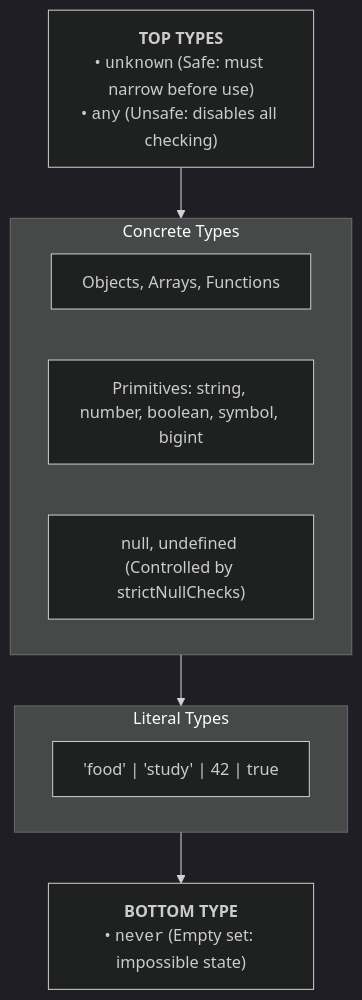
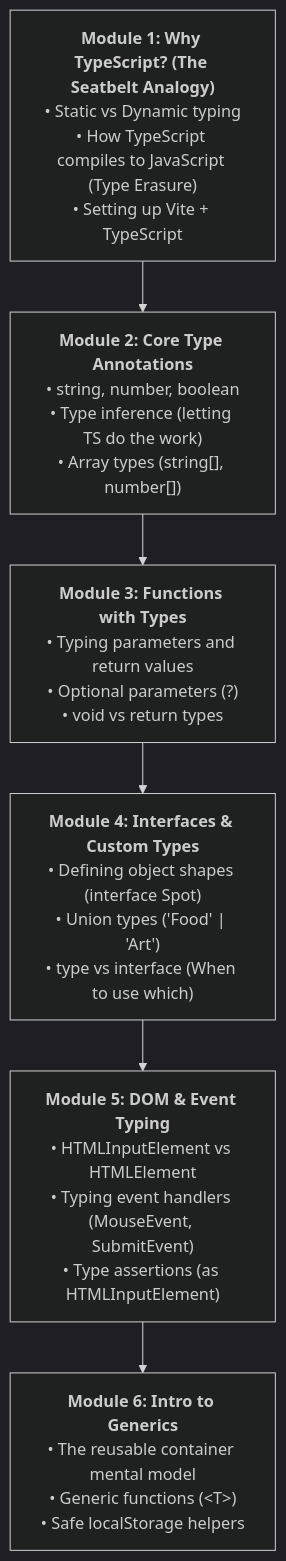
One commit to ajibolagenius/LagosDataSchool changed the first of 4 diagrams in full_stack_development_class_notes/Week 10_ TypeScript Fundamentals.md. Above: the diagram before and after it, drawn with Mermaid (dark theme). The commit also changed other lines of this file and 20 other files, not shown here.

````diff
--- a/full_stack_development_class_notes/Week 10_ TypeScript Fundamentals.md
+++ b/full_stack_development_class_notes/Week 10_ TypeScript Fundamentals.md
@@ -26,20 +18,9 @@
 ```mermaid
-graph TD
-    Top["<b>TOP TYPES</b><br/>• <code>unknown</code> (Safe: must narrow before use)<br/>• <code>any</code> (Unsafe: disables all checking)"]
-    
-    subgraph Concrete["Concrete Types"]
-        Obj["Objects, Arrays, Functions"]
-        Prim["Primitives: string, number, boolean, symbol, bigint"]
-        Nullish["null, undefined (Controlled by strictNullChecks)"]
-    end
-
-    subgraph Literal["Literal Types"]
-        Lit["'food' | 'study' | 42 | true"]
-    end
-
-    Bottom["<b>BOTTOM TYPE</b><br/>• <code>never</code> (Empty set: impossible state)"]
-
-    Top --> Concrete
-    Concrete --> Literal
-    Literal --> Bottom
+flowchart TD
+    M1["<b>Module 1: Why TypeScript? (The Seatbelt Analogy)</b><br/>• Static vs Dynamic typing<br/>• How TypeScript compiles to JavaScript (Type Erasure)<br/>• Setting up Vite + TypeScript"]
+    --> M2["<b>Module 2: Core Type Annotations</b><br/>• string, number, boolean<br/>• Type inference (letting TS do the work)<br/>• Array types (string[], number[])"]
+    --> M3["<b>Module 3: Functions with Types</b><br/>• Typing parameters and return values<br/>• Optional parameters (?)<br/>• void vs return types"]
+    --> M4["<b>Module 4: Interfaces & Custom Types</b><br/>• Defining object shapes (interface Spot)<br/>• Union types ('Food' | 'Art')<br/>• type vs interface (When to use which)"]
+    --> M5["<b>Module 5: DOM & Event Typing</b><br/>• HTMLInputElement vs HTMLElement<br/>• Typing event handlers (MouseEvent, SubmitEvent)<br/>• Type assertions (as HTMLInputElement)"]
+    --> M6["<b>Module 6: Intro to Generics</b><br/>• The reusable container mental model<br/>• Generic functions (&lt;T&gt;)<br/>• Safe localStorage helpers"]
 ```
````
